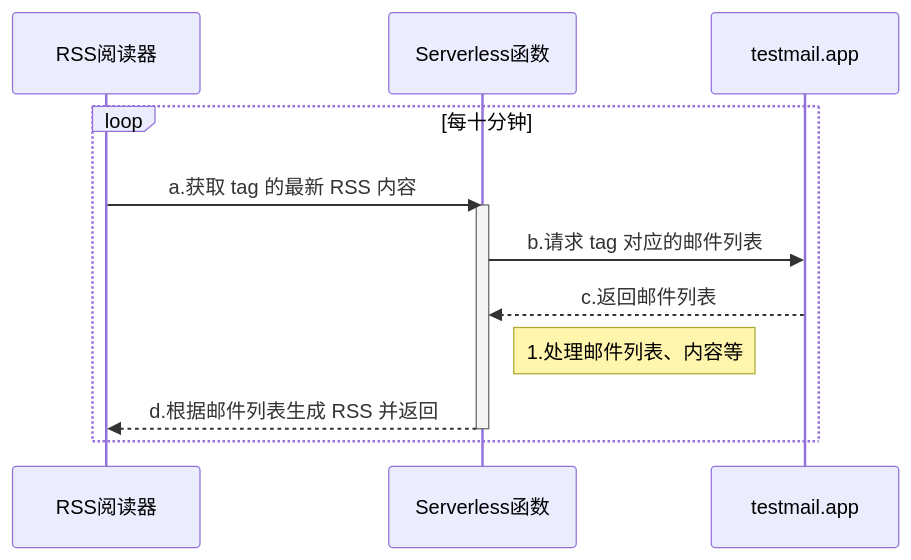
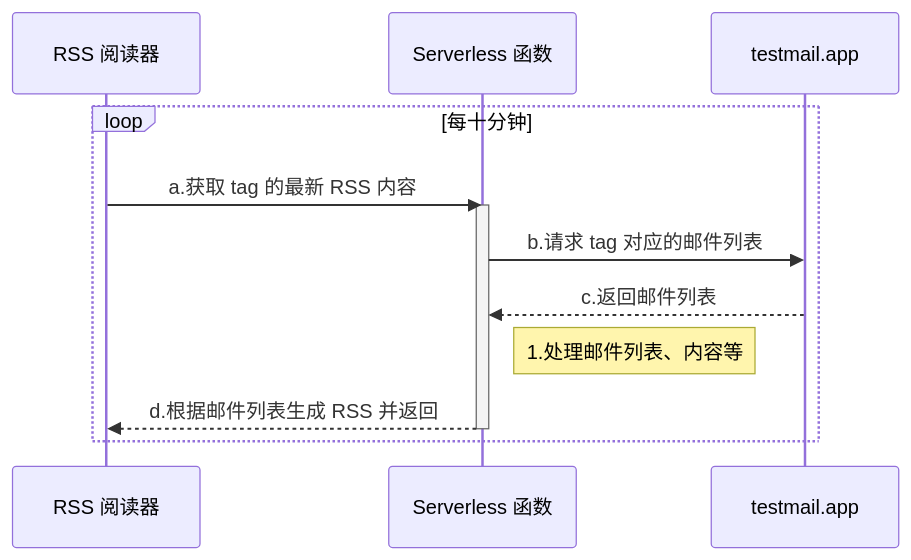
Before and after one commit to bytemain/cat.ms: the diagram in source/_posts/20200829mail2rss-by-cfw-testmail.md, drawn with Mermaid. The commit also changed other lines of this file and 50 other files, not shown here.

```diff
--- a/source/_posts/20200829mail2rss-by-cfw-testmail.md
+++ b/source/_posts/20200829mail2rss-by-cfw-testmail.md
@@ -24,11 +24,11 @@
 {% mermaid sequenceDiagram %}
 loop 每十分钟
-    RSS阅读器->>Serverless函数: a.获取 tag 的最新 RSS 内容
-    activate Serverless函数
-    Serverless函数->>testmail.app: b.请求 tag 对应的邮件列表
-    testmail.app-->>Serverless函数: c.返回邮件列表
-    Note right of Serverless函数:  1.处理邮件列表、内容等
-    Serverless函数-->>RSS阅读器: d.根据邮件列表生成 RSS 并返回
-    deactivate Serverless函数
+RSS 阅读器->>Serverless 函数: a.获取 tag 的最新 RSS 内容
+activate Serverless 函数
+Serverless 函数->>testmail.app: b.请求 tag 对应的邮件列表
+testmail.app-->>Serverless 函数: c.返回邮件列表
+Note right of Serverless 函数: 1.处理邮件列表、内容等
+Serverless 函数-->>RSS 阅读器: d.根据邮件列表生成 RSS 并返回
+deactivate Serverless 函数
 end
 {% endmermaid %}
```
